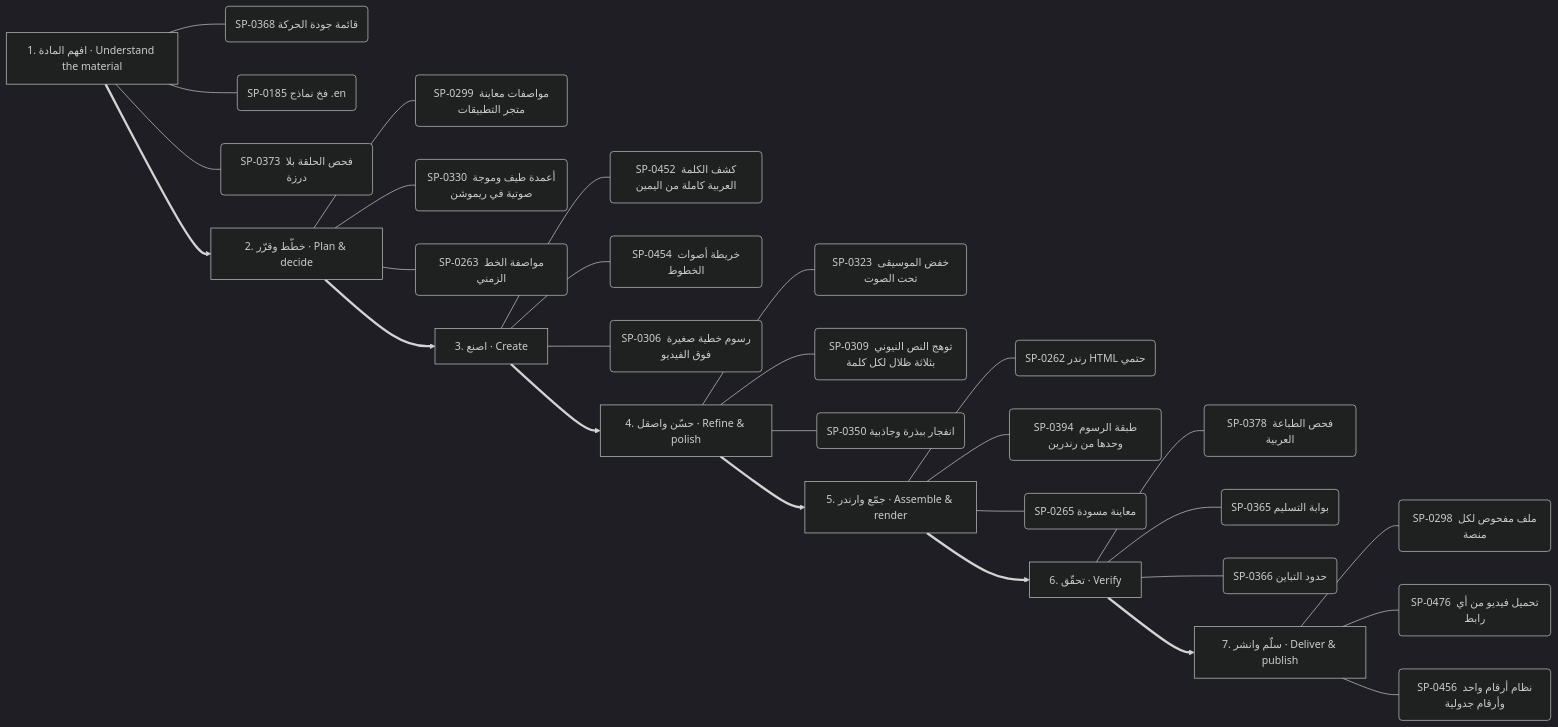
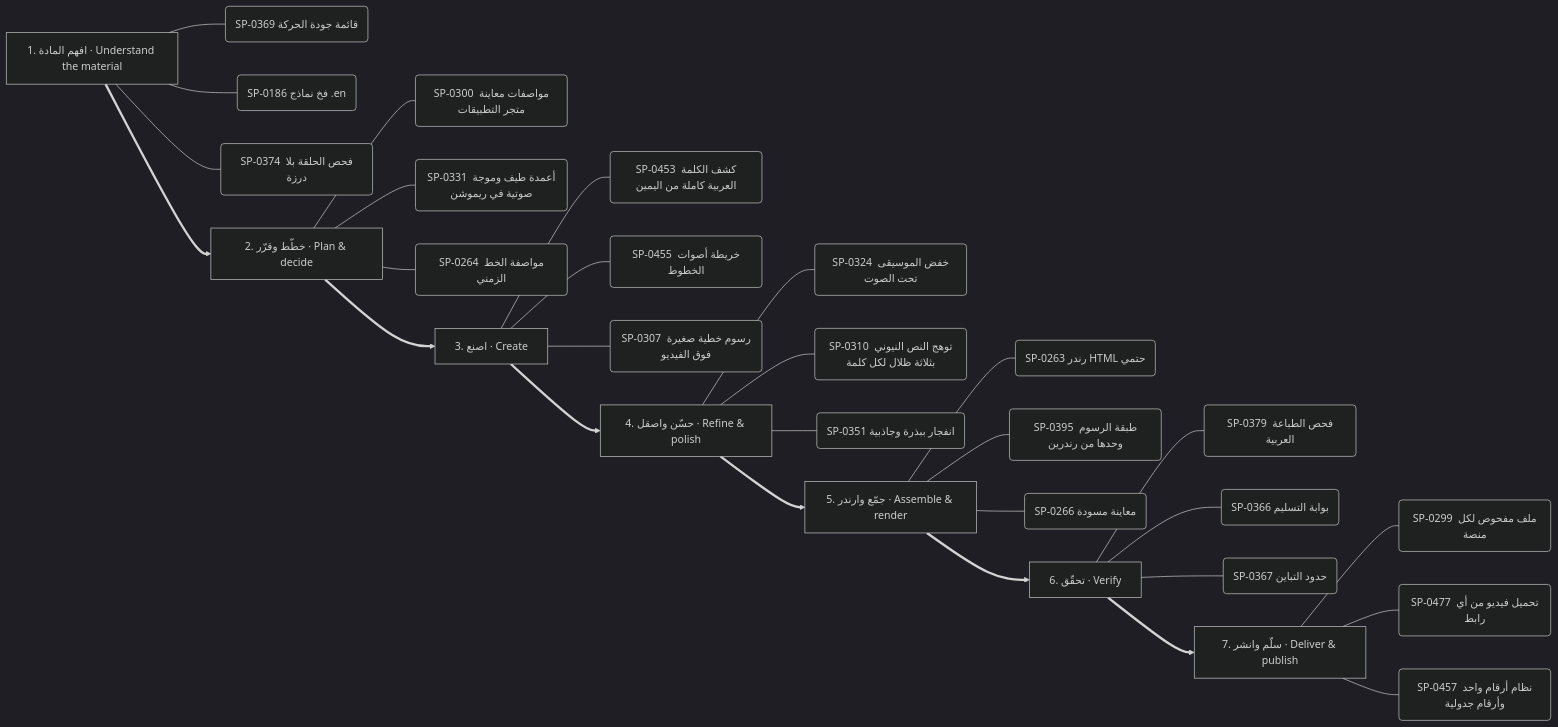
One commit to kosif199022-jpg/kosif-tool changed the second of 13 diagrams in .claude/skills/kosif-superpowers/references/capability-mindmap.md. Above: the diagram before and after it, drawn with Mermaid (dark theme). The commit also changed other lines of this file and 61 other files, not shown here.

````diff
--- a/.claude/skills/kosif-superpowers/references/capability-mindmap.md
+++ b/.claude/skills/kosif-superpowers/references/capability-mindmap.md
@@ -129,37 +129,37 @@
 ```mermaid
 flowchart LR
   S0["1. افهم المادة · Understand the material"]
-  S0 --- S0_0("SP-0368 قائمة جودة الحركة")
-  S0 --- S0_1("SP-0185 فخ نماذج .en")
-  S0 --- S0_2("SP-0373 فحص الحلقة بلا درزة")
+  S0 --- S0_0("SP-0369 قائمة جودة الحركة")
+  S0 --- S0_1("SP-0186 فخ نماذج .en")
+  S0 --- S0_2("SP-0374 فحص الحلقة بلا درزة")
   S1["2. خطّط وقرّر · Plan & decide"]
-  S1 --- S1_0("SP-0299 مواصفات معاينة متجر التطبيقات")
-  S1 --- S1_1("SP-0330 أعمدة طيف وموجة صوتية في ريموشن")
-  S1 --- S1_2("SP-0263 مواصفة الخط الزمني")
+  S1 --- S1_0("SP-0300 مواصفات معاينة متجر التطبيقات")
+  S1 --- S1_1("SP-0331 أعمدة طيف وموجة صوتية في ريموشن")
+  S1 --- S1_2("SP-0264 مواصفة الخط الزمني")
   S0 ==> S1
   S2["3. اصنع · Create"]
-  S2 --- S2_0("SP-0452 كشف الكلمة العربية كاملة من اليمين")
-  S2 --- S2_1("SP-0454 خريطة أصوات الخطوط")
-  S2 --- S2_2("SP-0306 رسوم خطية صغيرة فوق الفيديو")
+  S2 --- S2_0("SP-0453 كشف الكلمة العربية كاملة من اليمين")
+  S2 --- S2_1("SP-0455 خريطة أصوات الخطوط")
+  S2 --- S2_2("SP-0307 رسوم خطية صغيرة فوق الفيديو")
   S1 ==> S2
   S3["4. حسّن واصقل · Refine & polish"]
-  S3 --- S3_0("SP-0323 خفض الموسيقى تحت الصوت")
-  S3 --- S3_1("SP-0309 توهج النص النيوني بثلاثة ظلال لكل كلمة")
-  S3 --- S3_2("SP-0350 انفجار ببذرة وجاذبية")
+  S3 --- S3_0("SP-0324 خفض الموسيقى تحت الصوت")
+  S3 --- S3_1("SP-0310 توهج النص النيوني بثلاثة ظلال لكل كلمة")
+  S3 --- S3_2("SP-0351 انفجار ببذرة وجاذبية")
   S2 ==> S3
   S4["5. جمّع وارندر · Assemble & render"]
-  S4 --- S4_0("SP-0262 رندر HTML حتمي")
-  S4 --- S4_1("SP-0394 طبقة الرسوم وحدها من رندرين")
-  S4 --- S4_2("SP-0265 معاينة مسودة")
+  S4 --- S4_0("SP-0263 رندر HTML حتمي")
+  S4 --- S4_1("SP-0395 طبقة الرسوم وحدها من رندرين")
+  S4 --- S4_2("SP-0266 معاينة مسودة")
   S3 ==> S4
   S5["6. تحقّق · Verify"]
-  S5 --- S5_0("SP-0378 فحص الطباعة العربية")
-  S5 --- S5_1("SP-0365 بوابة التسليم")
-  S5 --- S5_2("SP-0366 حدود التباين")
+  S5 --- S5_0("SP-0379 فحص الطباعة العربية")
+  S5 --- S5_1("SP-0366 بوابة التسليم")
+  S5 --- S5_2("SP-0367 حدود التباين")
   S4 ==> S5
   S6["7. سلّم وانشر · Deliver & publish"]
-  S6 --- S6_0("SP-0298 ملف مفحوص لكل منصة")
-  S6 --- S6_1("SP-0476 تحميل فيديو من أي رابط")
-  S6 --- S6_2("SP-0456 نظام أرقام واحد وأرقام جدولية")
+  S6 --- S6_0("SP-0299 ملف مفحوص لكل منصة")
+  S6 --- S6_1("SP-0477 تحميل فيديو من أي رابط")
+  S6 --- S6_2("SP-0457 نظام أرقام واحد وأرقام جدولية")
   S5 ==> S6
 ```
````
